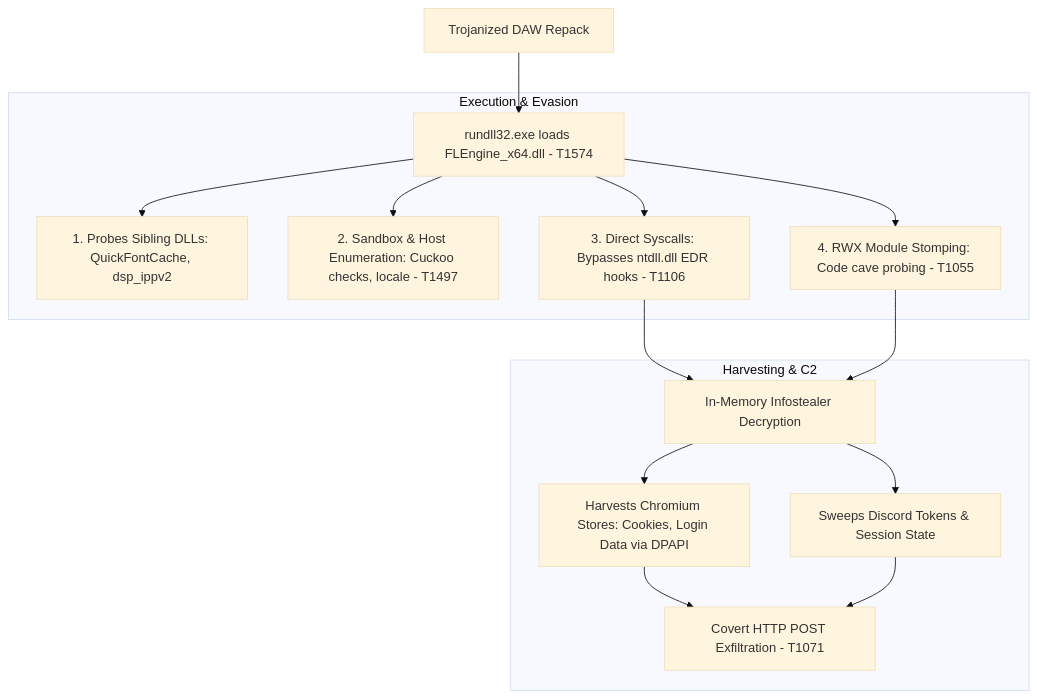
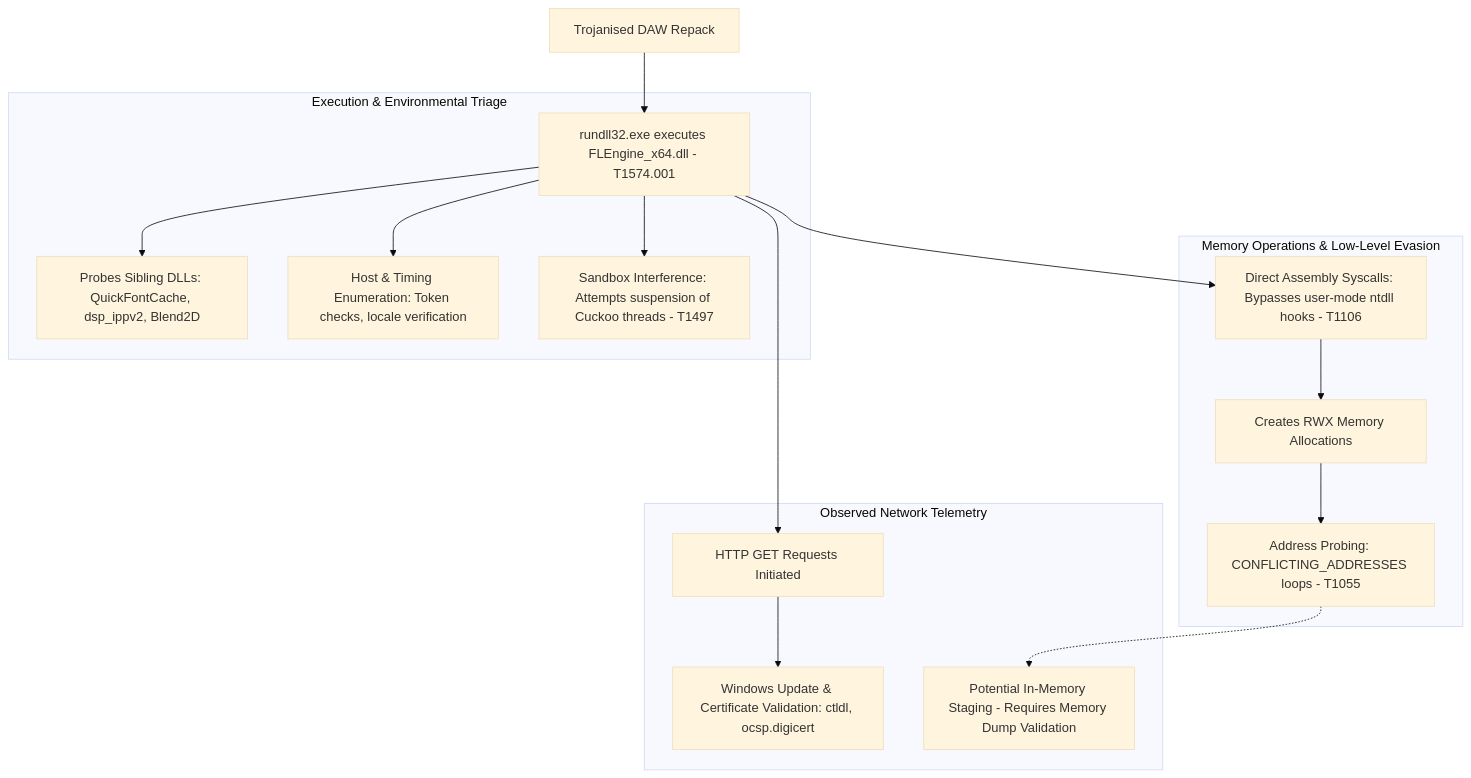
One commit to Hasslius/flengine-loader-threat-analysis changed the diagram in README.md. Above: the diagram before and after it, drawn with Mermaid (base theme). The commit also changed other lines of this file, not shown here.

````diff
--- a/README.md
+++ b/README.md
@@ -44,19 +51,22 @@
 ```mermaid
 graph TD
-    A[Trojanized DAW Repack] --> B[rundll32.exe loads FLEngine_x64.dll - T1574]
+    A[Trojanised DAW Repack] --> B[rundll32.exe executes FLEngine_x64.dll - T1574.001]
     
-    subgraph Execution & Evasion
-        B --> C[1. Probes Sibling DLLs: QuickFontCache, dsp_ippv2]
-        B --> D[2. Sandbox & Host Enumeration: Cuckoo checks, locale - T1497]
-        B --> E[3. Direct Syscalls: Bypasses ntdll.dll EDR hooks - T1106]
-        B --> F[4. RWX Module Stomping: Code cave probing - T1055]
+    subgraph Execution & Environmental Triage
+        B --> C[Probes Sibling DLLs: QuickFontCache, dsp_ippv2, Blend2D]
+        B --> D[Host & Timing Enumeration: Token checks, locale verification]
+        B --> E[Sandbox Interference: Attempts suspension of Cuckoo threads - T1497]
     end
 
-    E & F --> G[In-Memory Infostealer Decryption]
+    subgraph Memory Operations & Low-Level Evasion
+        B --> F[Direct Assembly Syscalls: Bypasses user-mode ntdll hooks - T1106]
+        F --> G[Creates RWX Memory Allocations]
+        G --> H[Address Probing: CONFLICTING_ADDRESSES loops - T1055]
+    end
 
-    subgraph Harvesting & C2
-        G --> H[Harvests Chromium Stores: Cookies, Login Data via DPAPI]
-        G --> I[Sweeps Discord Tokens & Session State]
-        H & I --> J[Covert HTTP POST Exfiltration - T1071]
+    subgraph Observed Network Telemetry
+        B --> I[HTTP GET Requests Initiated]
+        I --> J[Windows Update & Certificate Validation: ctldl, ocsp.digicert]
+        H -.-> K[Potential In-Memory Staging - Requires Memory Dump Validation]
     end
 ```
````
